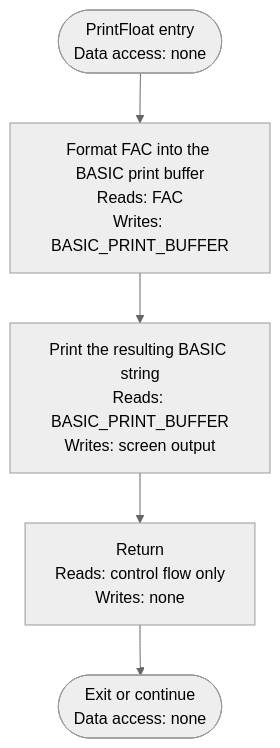
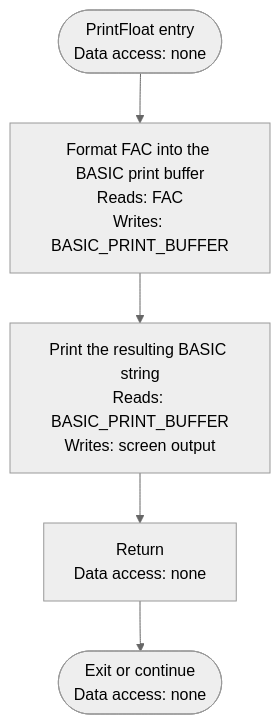
Before and after one commit to sharpninja/NeuralNetworks: diagram 28 of 51 in docs/Diagrams/BP-ML-Activity-Diagrams.md, drawn with Mermaid (neutral theme). The commit also changed other lines of this file and 10 other files, not shown here.

````diff
--- a/docs/Diagrams/BP-ML-Activity-Diagrams.md
+++ b/docs/Diagrams/BP-ML-Activity-Diagrams.md
@@ -662,7 +703,7 @@
 ```mermaid
 flowchart TD
     A(["PrintFloat entry<br/>Data access: none"]) --> B["Format FAC into the BASIC print buffer<br/>Reads: FAC<br/>Writes: BASIC_PRINT_BUFFER"]
     B --> C["Print the resulting BASIC string<br/>Reads: BASIC_PRINT_BUFFER<br/>Writes: screen output"]
-    C --> D["Return<br/>Reads: control flow only<br/>Writes: none"]
+    C --> D["Return<br/>Data access: none"]
     D --> Z(["Exit or continue<br/>Data access: none"])
 ```
````
